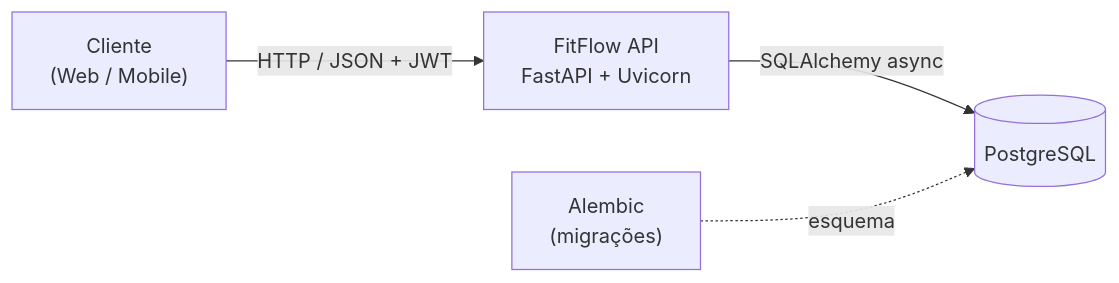
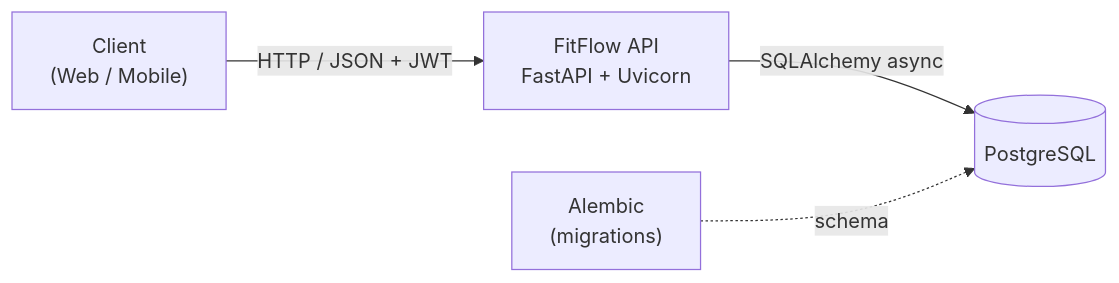
Before and after one commit to JoaoMeira29/fitflow-api: the diagram in README.md, drawn with Mermaid. The commit also changed other lines of this file and 2 other files, not shown here.

````diff
--- a/README.md
+++ b/README.md
@@ -63,6 +63,6 @@
 ```mermaid
 flowchart LR
-    Client["Cliente<br/>(Web / Mobile)"] -->|HTTP / JSON + JWT| API["FitFlow API<br/>FastAPI + Uvicorn"]
+    Client["Client<br/>(Web / Mobile)"] -->|HTTP / JSON + JWT| API["FitFlow API<br/>FastAPI + Uvicorn"]
     API -->|SQLAlchemy async| DB[("PostgreSQL")]
-    Alembic["Alembic<br/>(migrações)"] -.->|esquema| DB
+    Alembic["Alembic<br/>(migrations)"] -.->|schema| DB
 ```
````
